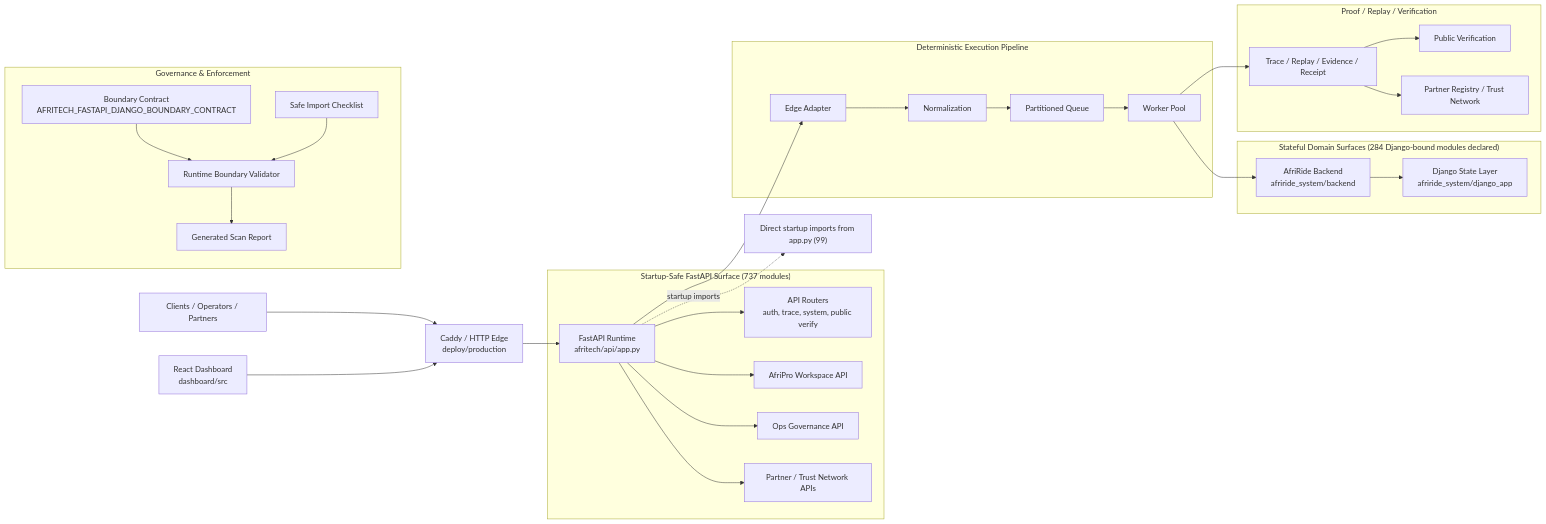
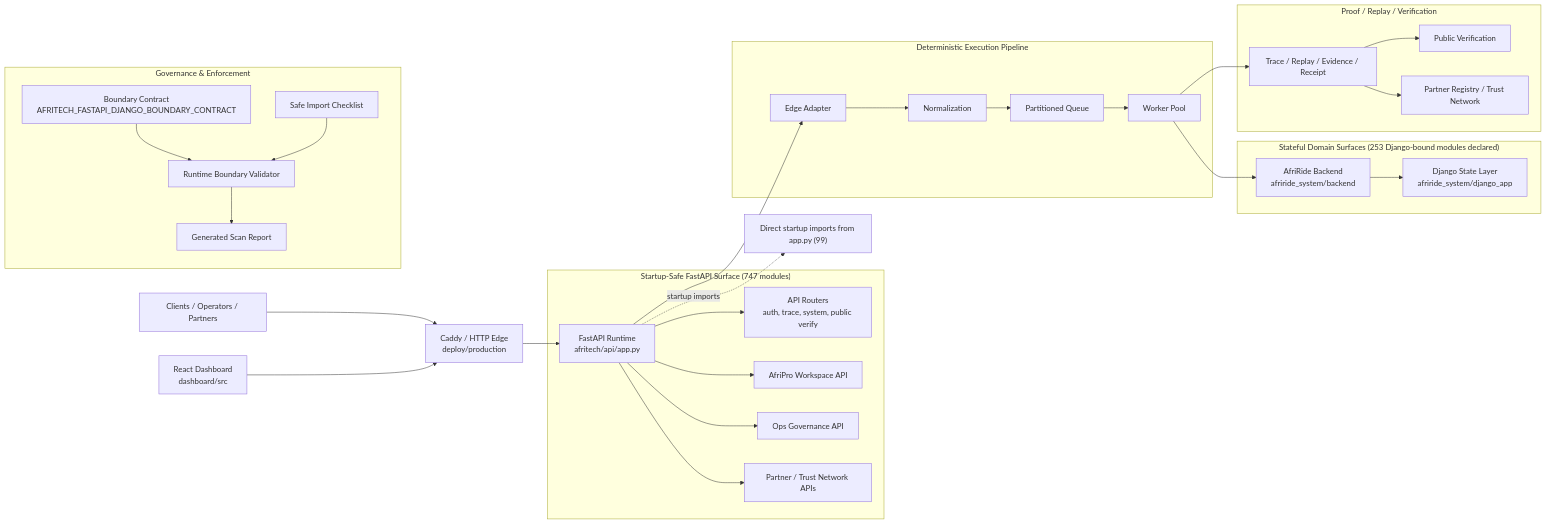
The first of 2 diagrams in docs/architecture/AFRITECH_FULL_ARCHITECTURE_GRAPH.md (Strelly2023/afritelematics), drawn with Mermaid before and after one commit. The commit also changed other lines of this file and 11 other files, not shown here.

````diff
--- a/docs/architecture/AFRITECH_FULL_ARCHITECTURE_GRAPH.md
+++ b/docs/architecture/AFRITECH_FULL_ARCHITECTURE_GRAPH.md
@@ -22,39 +22,39 @@
 ```mermaid
 flowchart LR
     Client["Clients / Operators / Partners"] --> Edge["Caddy / HTTP Edge\ndeploy/production"]
     Dashboard["React Dashboard\ndashboard/src"] --> Edge
     Edge --> App["FastAPI Runtime\nafritech/api/app.py"]
 
-    subgraph FastAPI["Startup-Safe FastAPI Surface (737 modules)"]
+    subgraph FastAPI["Startup-Safe FastAPI Surface (747 modules)"]
         App --> Api["API Routers\nauth, trace, system, public verify"]
         App --> Workspace["AfriPro Workspace API"]
         App --> Governance["Ops Governance API"]
         App --> Trust["Partner / Trust Network APIs"]
     end
 
     subgraph Pipeline["Deterministic Execution Pipeline"]
         App --> Adapt["Edge Adapter"]
         Adapt --> Normalize["Normalization"]
         Normalize --> Queue["Partitioned Queue"]
         Queue --> Worker["Worker Pool"]
     end
 
-    subgraph State["Stateful Domain Surfaces (284 Django-bound modules declared)"]
+    subgraph State["Stateful Domain Surfaces (253 Django-bound modules declared)"]
         Worker --> Domain["AfriRide Backend\nafriride_system/backend"]
         Domain --> Django["Django State Layer\nafriride_system/django_app"]
     end
 
     subgraph Proof["Proof / Replay / Verification"]
         Worker --> Trace["Trace / Replay / Evidence / Receipt"]
         Trace --> Public["Public Verification"]
         Trace --> Registry["Partner Registry / Trust Network"]
     end
 
     subgraph GovernancePlane["Governance & Enforcement"]
         Contract["Boundary Contract\nAFRITECH_FASTAPI_DJANGO_BOUNDARY_CONTRACT"] --> Validator["Runtime Boundary Validator"]
         Checklist["Safe Import Checklist"] --> Validator
         Validator --> Review["Generated Scan Report"]
     end
 
     App -. startup imports .-> Imports["Direct startup imports from app.py (99)"]
 ```
````
